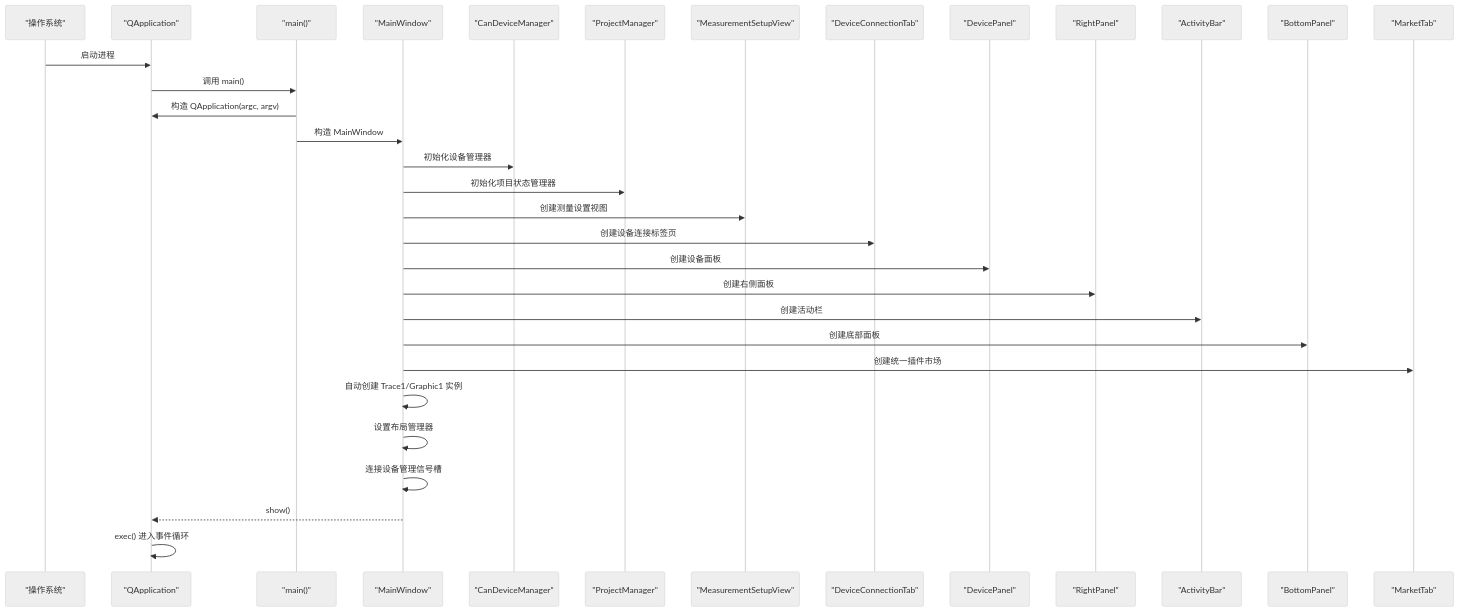
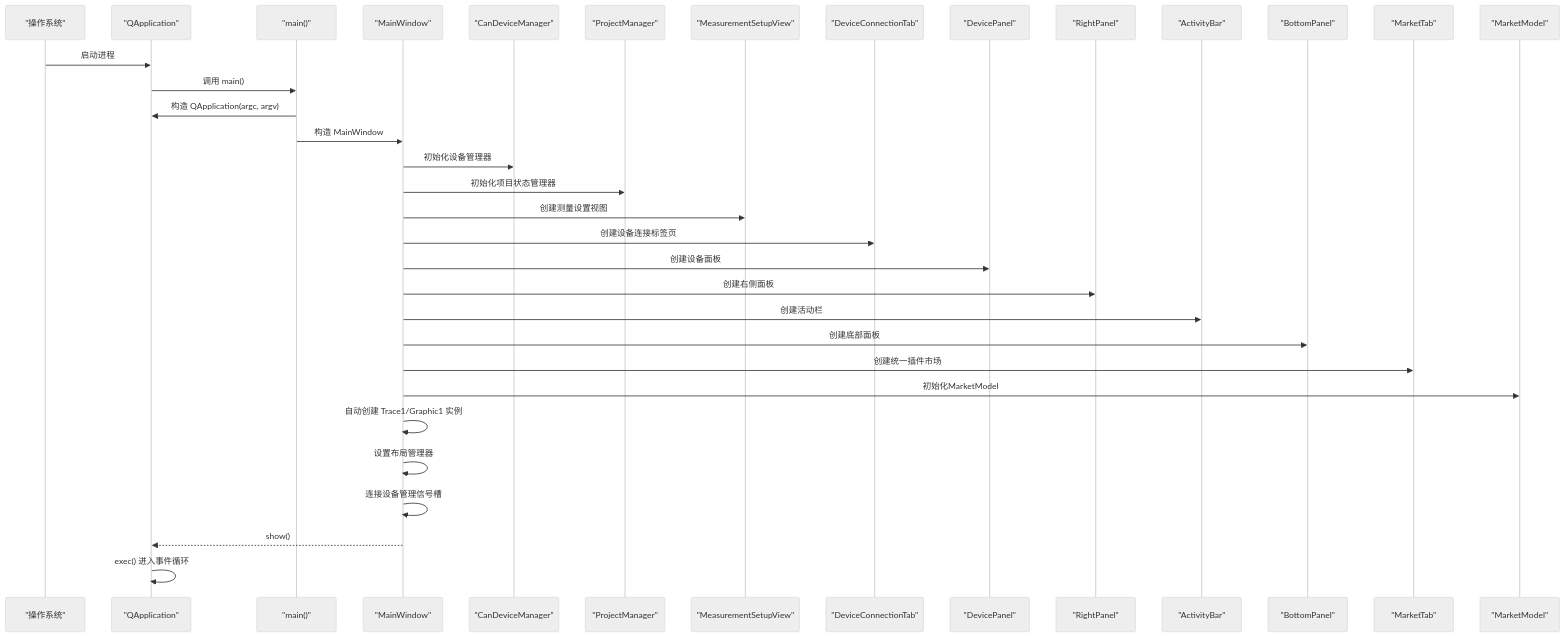
The second of 13 diagrams in .qoder/repowiki/zh/content/核心模块详解/主窗口组件.md (jakecai1225-design/OpenBus), drawn with Mermaid (neutral theme) before and after one commit. The commit also changed other lines of this file and 67 other files, not shown here.

````diff
--- a/.qoder/repowiki/zh/content/核心模块详解/主窗口组件.md
+++ b/.qoder/repowiki/zh/content/核心模块详解/主窗口组件.md
@@ -142,34 +150,36 @@
 ```mermaid
 sequenceDiagram
 participant OS as "操作系统"
 participant App as "QApplication"
 participant Main as "main()"
 participant MW as "MainWindow"
 participant CDM as "CanDeviceManager"
 participant PM as "ProjectManager"
 participant MSV as "MeasurementSetupView"
 participant DCT as "DeviceConnectionTab"
 participant DP as "DevicePanel"
 participant RP as "RightPanel"
 participant AB as "ActivityBar"
 participant BP as "BottomPanel"
 participant MT as "MarketTab"
+participant MM as "MarketModel"
 OS->>App : 启动进程
 App->>Main : 调用 main()
 Main->>App : 构造 QApplication(argc, argv)
 Main->>MW : 构造 MainWindow
 MW->>CDM : 初始化设备管理器
 MW->>PM : 初始化项目状态管理器
 MW->>MSV : 创建测量设置视图
 MW->>DCT : 创建设备连接标签页
 MW->>DP : 创建设备面板
 MW->>RP : 创建右侧面板
 MW->>AB : 创建活动栏
 MW->>BP : 创建底部面板
 MW->>MT : 创建统一插件市场
+MW->>MM : 初始化MarketModel
 MW->>MW : 自动创建 Trace1/Graphic1 实例
 MW->>MW : 设置布局管理器
 MW->>MW : 连接设备管理信号槽
 MW-->>App : show()
 App->>App : exec() 进入事件循环
 ```
````
